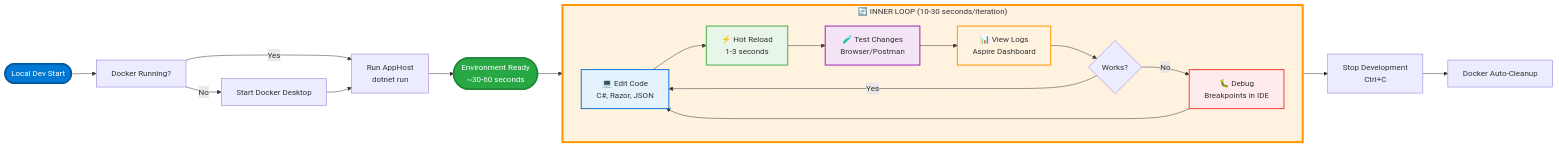
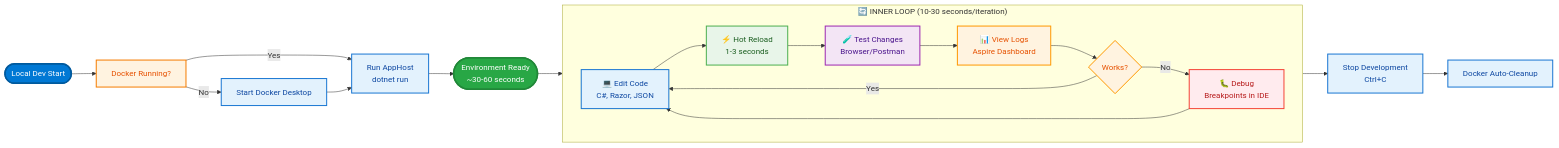
The first of 3 diagrams in docs/hooks/README.md (Evilazaro/Azure-LogicApps-Monitoring), drawn with Mermaid before and after one commit. The commit also changed other lines of this file, not shown here.

Commit message:
Refactor flowchart styling in README to use class definitions for improved readability and maintainability

````diff
--- a/docs/hooks/README.md
+++ b/docs/hooks/README.md
@@ -127,34 +127,43 @@
 ```mermaid
 flowchart LR
     Start([Local Dev Start]) --> Docker[Docker Running?]
     Docker -->|No| StartDocker[Start Docker Desktop]
     Docker -->|Yes| Run
     StartDocker --> Run[Run AppHost<br/>dotnet run]
 
     Run --> Ready([Environment Ready<br/>~30-60 seconds])
 
     Ready --> DevLoop
 
     subgraph DevLoop["🔄 INNER LOOP (10-30 seconds/iteration)"]
         direction LR
         Code[💻 Edit Code<br/>C#, Razor, JSON] --> HotReload[⚡ Hot Reload<br/>1-3 seconds]
         HotReload --> Test[🧪 Test Changes<br/>Browser/Postman]
         Test --> Logs[📊 View Logs<br/>Aspire Dashboard]
         Logs --> Review{Works?}
         Review -->|Yes| Code
         Review -->|No| Debug[🐛 Debug<br/>Breakpoints in IDE]
         Debug --> Code
     end
 
     DevLoop --> Stop[Stop Development<br/>Ctrl+C]
     Stop --> Cleanup[Docker Auto-Cleanup]
 
-    style Start fill:#0078d4,stroke:#005a9e,stroke-width:3px,color:#fff
-    style Ready fill:#28a745,stroke:#218838,stroke-width:3px,color:#fff
-    style DevLoop fill:#fff3e0,stroke:#ff9800,stroke-width:4px
-    style Code fill:#e3f2fd,stroke:#1976d2,stroke-width:2px
-    style HotReload fill:#e8f5e9,stroke:#4caf50,stroke-width:2px
-    style Test fill:#f3e5f5,stroke:#9c27b0,stroke-width:2px
-    style Logs fill:#fff3e0,stroke:#ff9800,stroke-width:2px
-    style Debug fill:#ffebee,stroke:#f44336,stroke-width:2px
+    classDef startEnd fill:#0078d4,stroke:#005a9e,stroke-width:3px,color:#fff
+    classDef ready fill:#28a745,stroke:#218838,stroke-width:3px,color:#fff
+    classDef process fill:#e3f2fd,stroke:#1976d2,stroke-width:2px,color:#0d47a1
+    classDef success fill:#e8f5e9,stroke:#4caf50,stroke-width:2px,color:#1b5e20
+    classDef test fill:#f3e5f5,stroke:#9c27b0,stroke-width:2px,color:#4a148c
+    classDef loop fill:#fff3e0,stroke:#ff9800,stroke-width:2px,color:#e65100
+    classDef debug fill:#ffebee,stroke:#f44336,stroke-width:2px,color:#b71c1c
+    classDef decision fill:#fff3e0,stroke:#f57c00,stroke-width:2px,color:#e65100
+
+    class Start startEnd
+    class Ready ready
+    class Code,Run,StartDocker,Stop,Cleanup process
+    class HotReload success
+    class Test test
+    class Logs,Review loop
+    class Debug debug
+    class Docker decision
 ```
````
